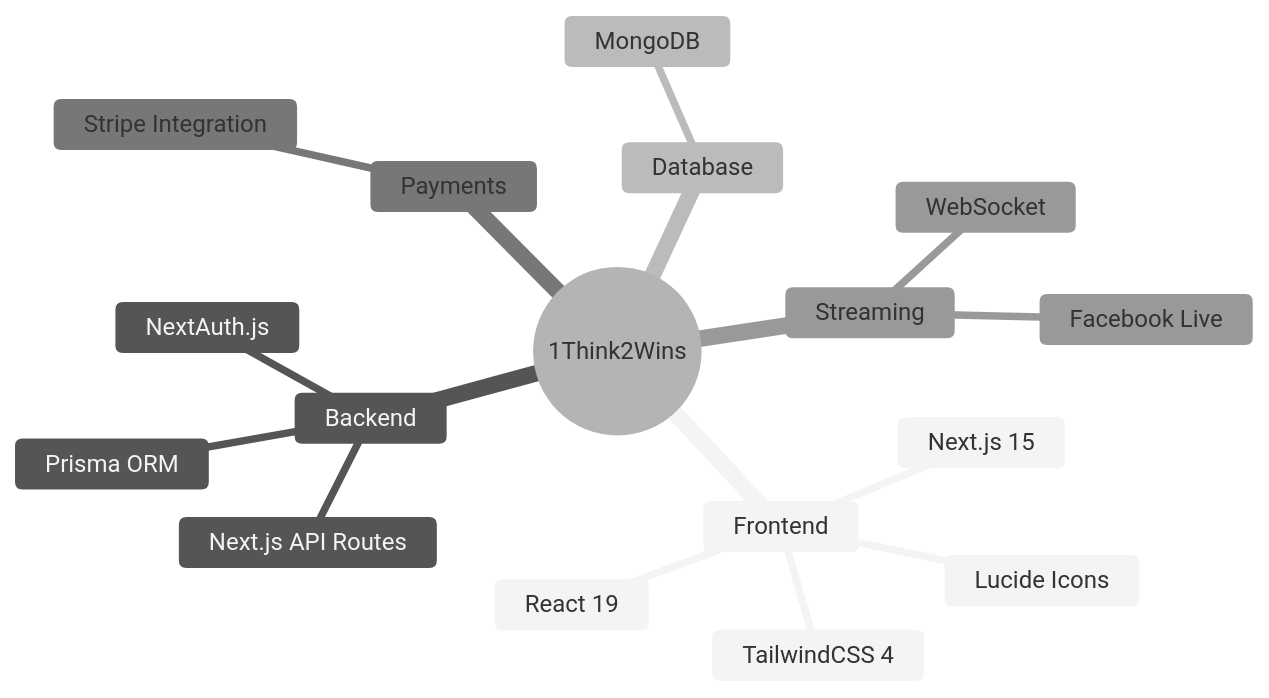
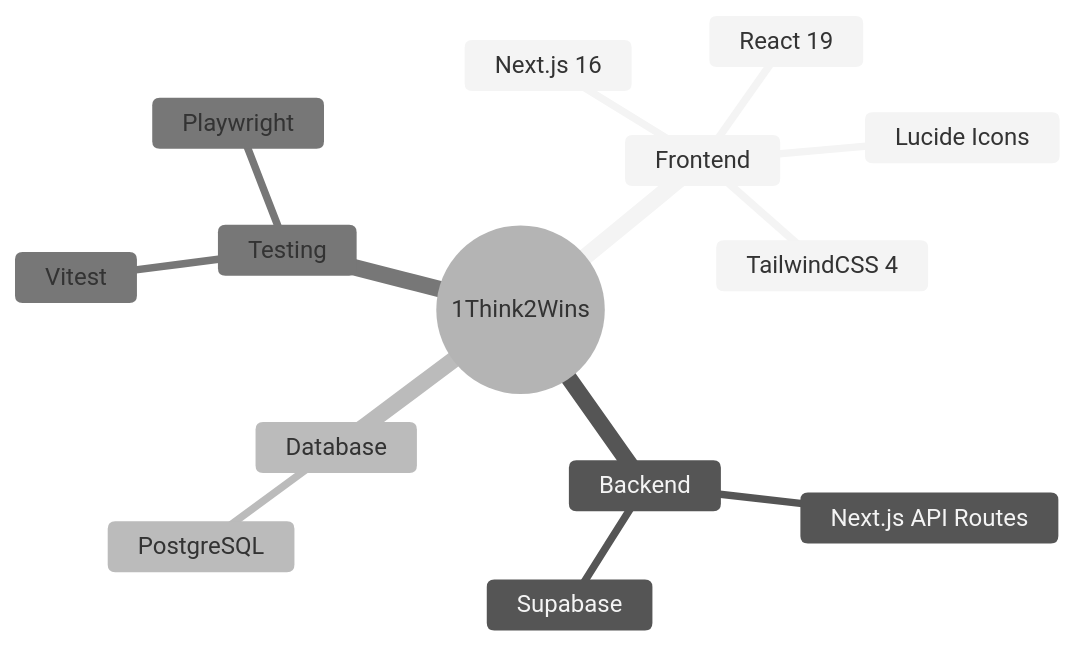
Before and after one commit to AunMohammad254/1think2winsx: the diagram in README.md, drawn with Mermaid (neutral theme). The commit also changed other lines of this file and 2 other files, not shown here.

````diff
--- a/README.md
+++ b/README.md
@@ -115,20 +115,17 @@
 ```mermaid
 mindmap
   root((1Think2Wins))
     Frontend
-      Next.js 15
+      Next.js 16
       React 19
       TailwindCSS 4
       Lucide Icons
     Backend
       Next.js API Routes
-      Prisma ORM
-      NextAuth.js
+      Supabase
     Database
-      MongoDB
-    Payments
-      Stripe Integration
-    Streaming
-      Facebook Live
-      WebSocket
+      PostgreSQL
+    Testing
+      Vitest
+      Playwright
 ```
````
